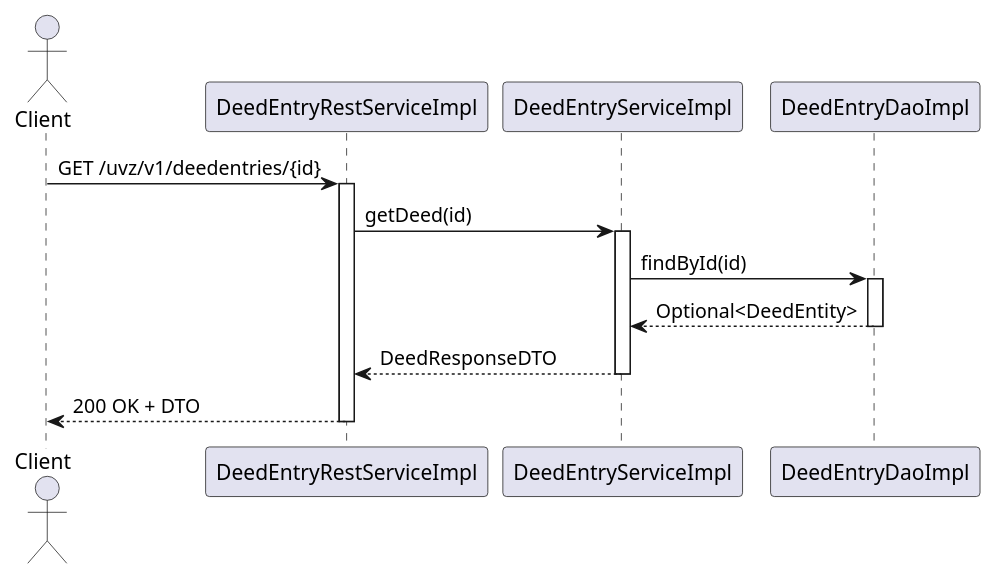
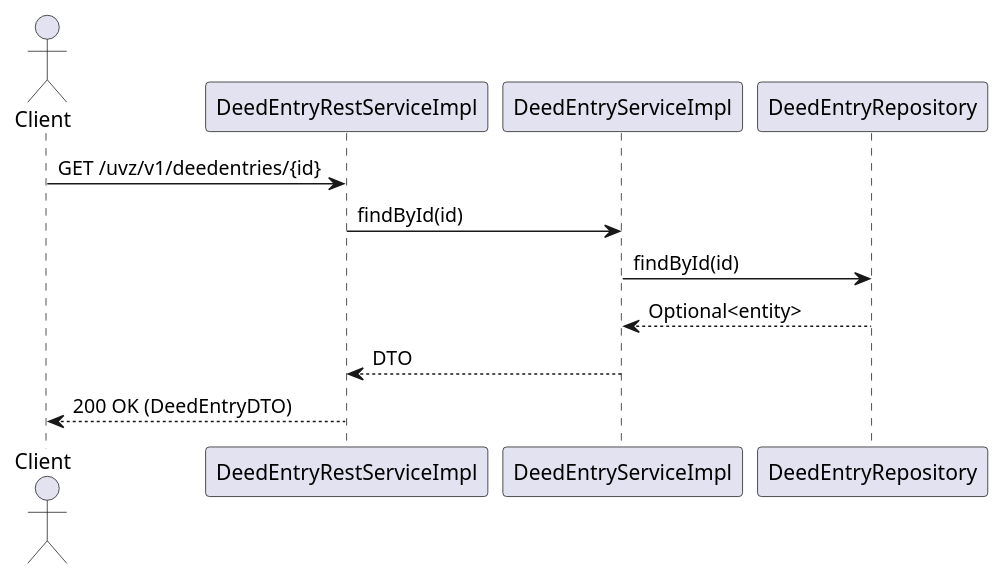
Before and after one commit to aymenmastouri/aicodegencrew: the fourth of 7 diagrams in knowledge/architecture/arc42/06-part1-api-flows.md, drawn with PlantUML. The commit also changed other lines of this file and 28 other files, not shown here.

Commit message:
[aicodegencrew] phase3_architecture_synthesis completed - 2026-02-09 18:15:23

````diff
--- a/knowledge/architecture/arc42/06-part1-api-flows.md
+++ b/knowledge/architecture/arc42/06-part1-api-flows.md
@@ -147,21 +127,15 @@
 ```plantuml
 @startuml
 actor Client
-participant DeedEntryRestServiceImpl as RestCtrl
-participant DeedEntryServiceImpl as Service
-participant DeedEntryDaoImpl as Repo
+participant DeedEntryRestServiceImpl as Ctrl
+participant DeedEntryServiceImpl as Svc
+participant DeedEntryRepository as Repo
 
-Client -> RestCtrl: GET /uvz/v1/deedentries/{id}
-activate RestCtrl
-RestCtrl -> Service: getDeed(id)
-activate Service
-Service -> Repo: findById(id)
-activate Repo
-Repo --> Service: Optional<DeedEntity>
-deactivate Repo
-Service --> RestCtrl: DeedResponseDTO
-deactivate Service
-RestCtrl --> Client: 200 OK + DTO
-deactivate RestCtrl
+Client -> Ctrl: GET /uvz/v1/deedentries/{id}
+Ctrl -> Svc: findById(id)
+Svc -> Repo: findById(id)
+Repo --> Svc: Optional<entity>
+Svc --> Ctrl: DTO
+Ctrl --> Client: 200 OK (DeedEntryDTO)
 @enduml
 ```
````
